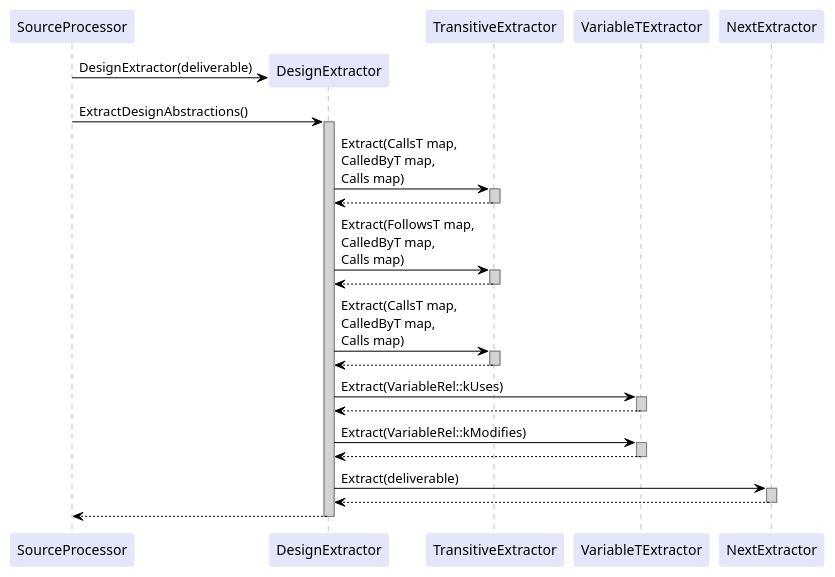
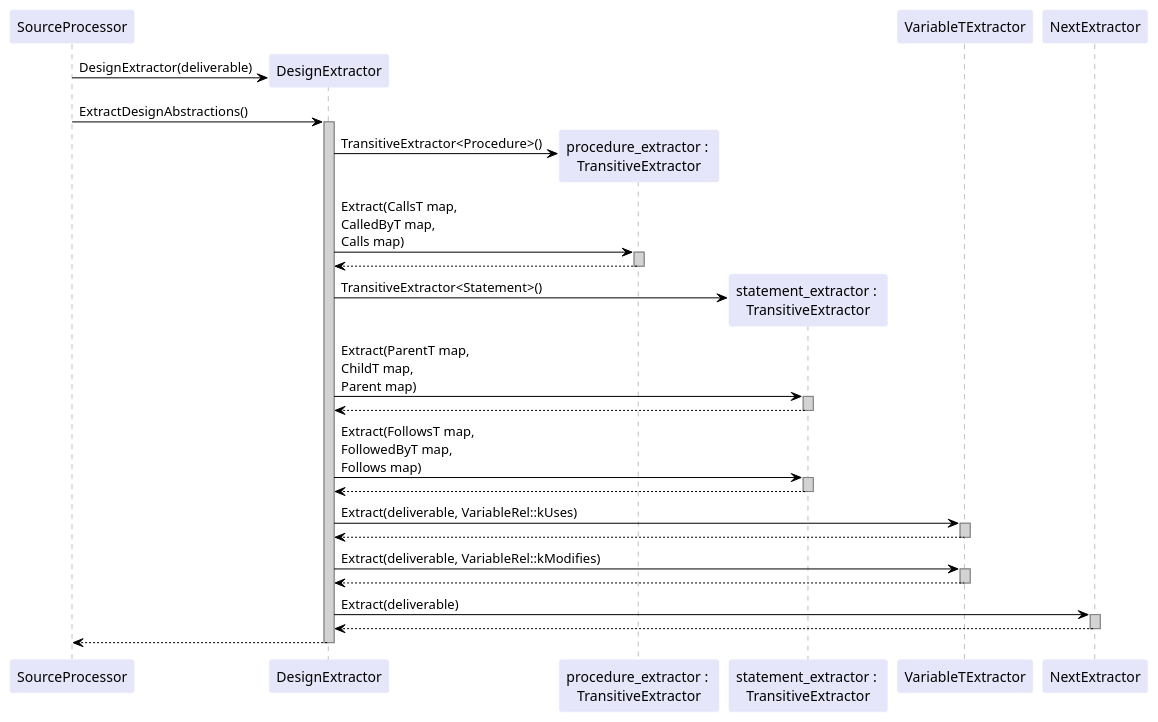
Before and after one commit to rtshkmr/CS3203-StaticProgramAnalyzer: the diagram in docs/sd/DesignExtractorSD.puml, drawn with PlantUML. The commit also changed 3 other files, not shown here.

```diff
--- a/docs/sd/DesignExtractorSD.puml
+++ b/docs/sd/DesignExtractorSD.puml
@@ -1,52 +1,57 @@
 @startuml de
   skinparam shadowing false
   skinparam sequence {
     ArrowColor black
     LifeLineBorderColor grey
     LifeLineBackgroundColor lightgray
     ParticipantBorderColor lavender
     ParticipantBackgroundColor lavender
   }
 
   participant SourceProcessor
   participant DesignExtractor
-  participant TransitiveExtractor
-  participant VariableTExtractor
-  participant NextExtractor
 
   create DesignExtractor
   SourceProcessor -> DesignExtractor: DesignExtractor(deliverable)
   SourceProcessor -> DesignExtractor: ExtractDesignAbstractions()
   activate DesignExtractor
 
-  DesignExtractor -> TransitiveExtractor: Extract(CallsT map, \nCalledByT map, \nCalls map)
-  activate TransitiveExtractor
-  TransitiveExtractor --> DesignExtractor
-  deactivate TransitiveExtractor
-  DesignExtractor -> TransitiveExtractor: Extract(FollowsT map, \nCalledByT map, \nCalls map)
-  activate TransitiveExtractor
-  TransitiveExtractor --> DesignExtractor
-  deactivate TransitiveExtractor
-  DesignExtractor -> TransitiveExtractor: Extract(CallsT map, \nCalledByT map, \nCalls map)
-  activate TransitiveExtractor
-  TransitiveExtractor --> DesignExtractor
-  deactivate TransitiveExtractor
+  create "procedure_extractor : \nTransitiveExtractor"
+  DesignExtractor -> "procedure_extractor : \nTransitiveExtractor": TransitiveExtractor<Procedure>()
+  DesignExtractor -> "procedure_extractor : \nTransitiveExtractor": Extract(CallsT map, \nCalledByT map, \nCalls map)
+  activate  "procedure_extractor : \nTransitiveExtractor"
+   "procedure_extractor : \nTransitiveExtractor" --> DesignExtractor
+  deactivate  "procedure_extractor : \nTransitiveExtractor"
 
-  DesignExtractor -> VariableTExtractor: Extract(VariableRel::kUses)
+  create "statement_extractor : \nTransitiveExtractor"
+  DesignExtractor -> "statement_extractor : \nTransitiveExtractor": TransitiveExtractor<Statement>()
+  DesignExtractor -> "statement_extractor : \nTransitiveExtractor": Extract(ParentT map, \nChildT map, \nParent map)
+  activate "statement_extractor : \nTransitiveExtractor"
+  "statement_extractor : \nTransitiveExtractor" --> DesignExtractor
+  deactivate "statement_extractor : \nTransitiveExtractor"
+  DesignExtractor -> "statement_extractor : \nTransitiveExtractor": Extract(FollowsT map, \nFollowedByT map, \nFollows map)
+  activate "statement_extractor : \nTransitiveExtractor"
+  "statement_extractor : \nTransitiveExtractor" --> DesignExtractor
+  deactivate "statement_extractor : \nTransitiveExtractor"
+
+  participant VariableTExtractor
+  participant NextExtractor
+
+  DesignExtractor -> VariableTExtractor: Extract(deliverable, VariableRel::kUses)
   activate VariableTExtractor
   VariableTExtractor --> DesignExtractor
   deactivate VariableTExtractor
-  DesignExtractor -> VariableTExtractor: Extract(VariableRel::kModifies)
+  DesignExtractor -> VariableTExtractor: Extract(deliverable, VariableRel::kModifies)
   activate VariableTExtractor
   VariableTExtractor --> DesignExtractor
   deactivate VariableTExtractor
 
   DesignExtractor -> NextExtractor: Extract(deliverable)
   activate NextExtractor
   NextExtractor --> DesignExtractor
   deactivate NextExtractor
 
   DesignExtractor --> SourceProcessor
   deactivate DesignExtractor
 
 @enduml
```
